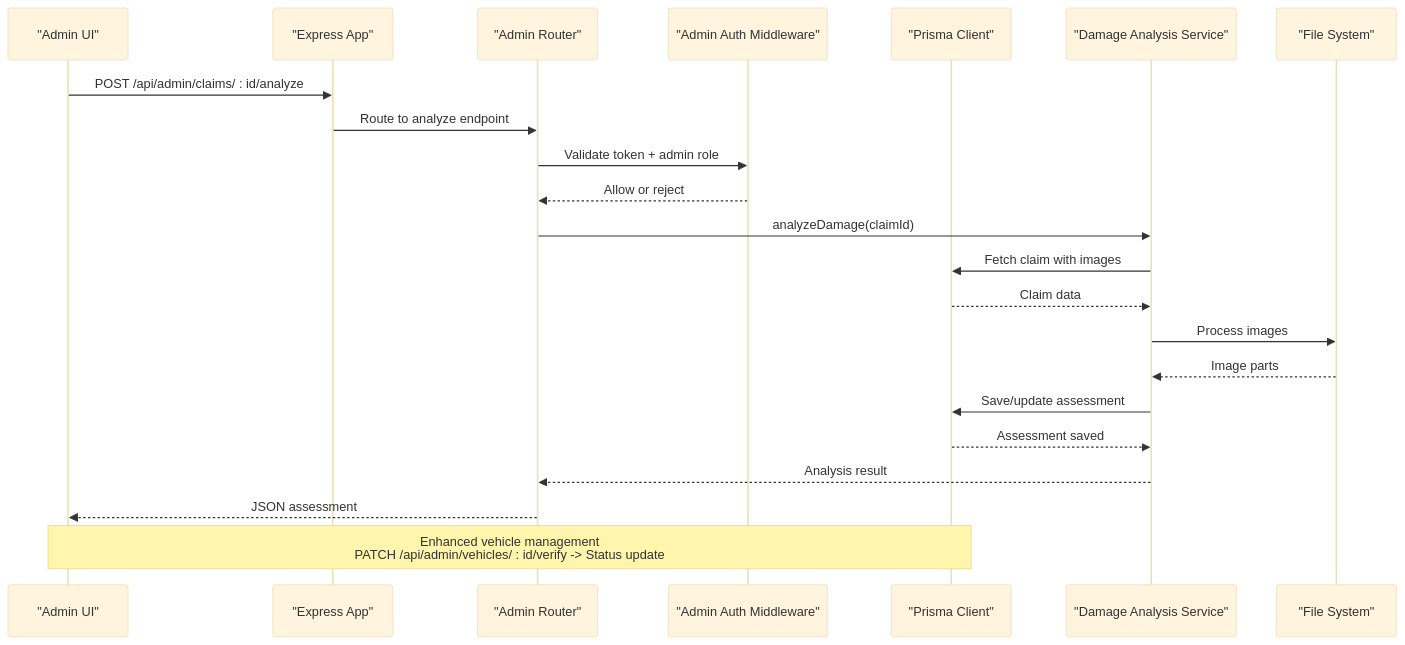
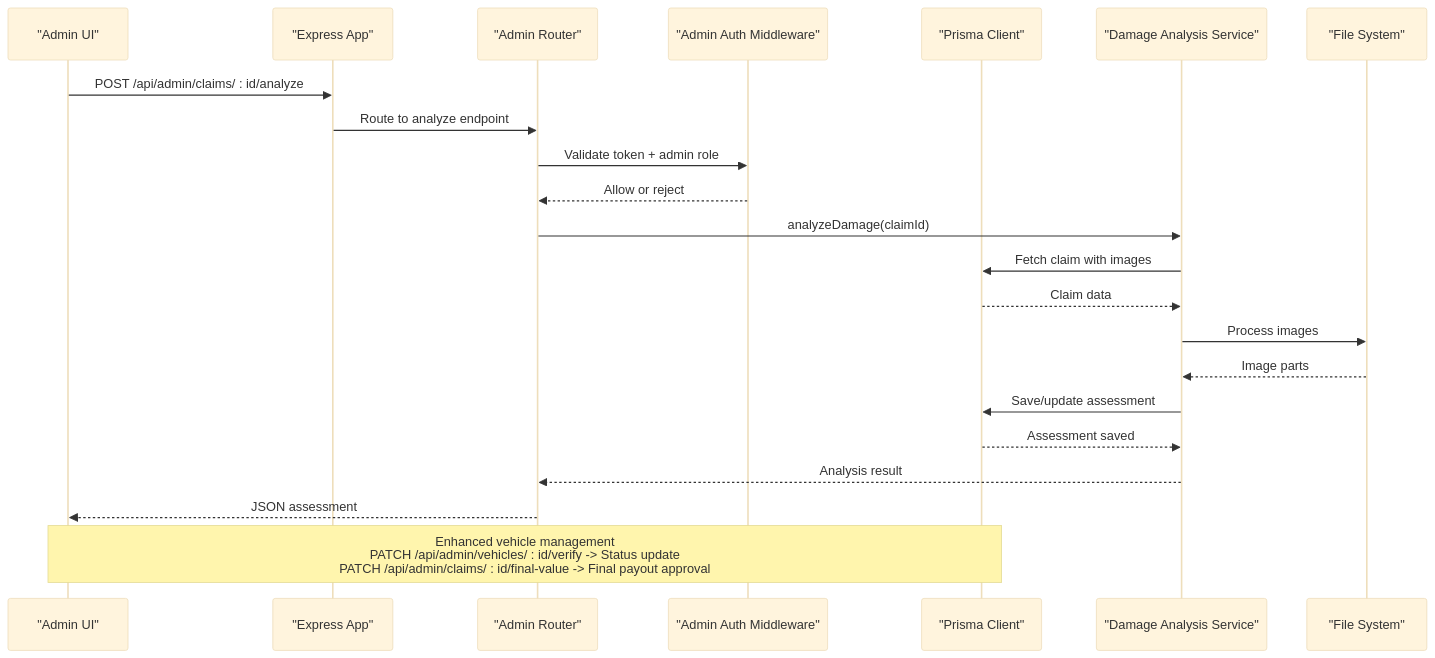
The second of 12 diagrams in .qoder/repowiki/en/content/Backend Documentation/API Endpoints Reference/Administrative Endpoints.md (NaveenHiranya/Smart-Vehicle-Insurance-Claim-System), drawn with Mermaid (base theme) before and after one commit. The commit also changed other lines of this file and 31 other files, not shown here.

````diff
--- a/.qoder/repowiki/en/content/Backend Documentation/API Endpoints Reference/Administrative Endpoints.md
+++ b/.qoder/repowiki/en/content/Backend Documentation/API Endpoints Reference/Administrative Endpoints.md
@@ -125,24 +126,24 @@
 ```mermaid
 sequenceDiagram
 participant FE as "Admin UI"
 participant API as "Express App"
 participant AR as "Admin Router"
 participant MA as "Admin Auth Middleware"
 participant DB as "Prisma Client"
 participant DS as "Damage Analysis Service"
 participant FS as "File System"
 FE->>API : POST /api/admin/claims/ : id/analyze
 API->>AR : Route to analyze endpoint
 AR->>MA : Validate token + admin role
 MA-->>AR : Allow or reject
 AR->>DS : analyzeDamage(claimId)
 DS->>DB : Fetch claim with images
 DB-->>DS : Claim data
 DS->>FS : Process images
 FS-->>DS : Image parts
 DS->>DB : Save/update assessment
 DB-->>DS : Assessment saved
 DS-->>AR : Analysis result
 AR-->>FE : JSON assessment
-Note over FE,DB : Enhanced vehicle management<br/>PATCH /api/admin/vehicles/ : id/verify -> Status update
+Note over FE,DB : Enhanced vehicle management<br/>PATCH /api/admin/vehicles/ : id/verify -> Status update<br/>PATCH /api/admin/claims/ : id/final-value -> Final payout approval
 ```
````
